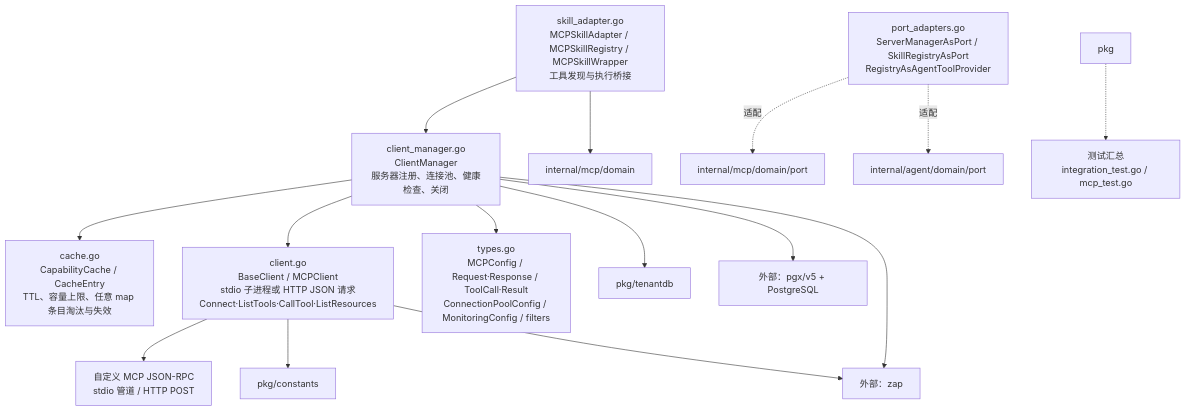
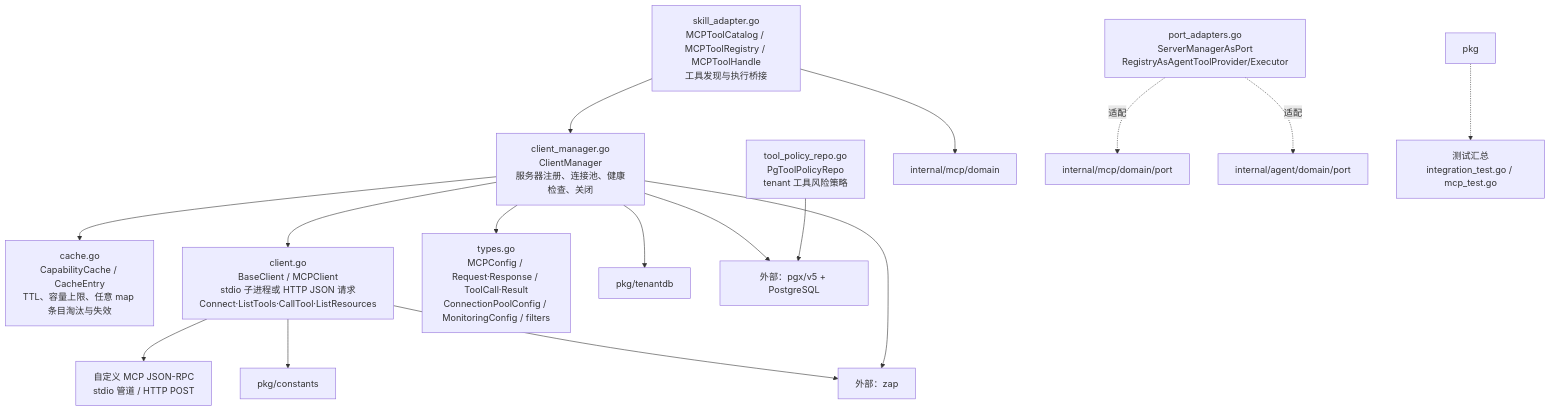
The diagram in docs/go-package-architecture/internal-mcp-infrastructure.md (ArchChuan/Stratum), drawn with Mermaid before and after one commit. The commit also changed other lines of this file and 26 other files, not shown here.

````diff
--- a/docs/go-package-architecture/internal-mcp-infrastructure.md
+++ b/docs/go-package-architecture/internal-mcp-infrastructure.md
@@ -7,32 +7,34 @@
 ```mermaid
 flowchart TB
   cache["cache.go<br/>CapabilityCache / CacheEntry<br/>TTL、容量上限、任意 map 条目淘汰与失效"]
   client["client.go<br/>BaseClient / MCPClient<br/>stdio 子进程或 HTTP JSON 请求<br/>Connect·ListTools·CallTool·ListResources"]
   manager["client_manager.go<br/>ClientManager<br/>服务器注册、连接池、健康检查、关闭"]
-  adapters["port_adapters.go<br/>ServerManagerAsPort / SkillRegistryAsPort<br/>RegistryAsAgentToolProvider"]
-  skill["skill_adapter.go<br/>MCPSkillAdapter / MCPSkillRegistry / MCPSkillWrapper<br/>工具发现与执行桥接"]
+  adapters["port_adapters.go<br/>ServerManagerAsPort<br/>RegistryAsAgentToolProvider/Executor"]
+  skill["skill_adapter.go<br/>MCPToolCatalog / MCPToolRegistry / MCPToolHandle<br/>工具发现与执行桥接"]
+  policy["tool_policy_repo.go<br/>PgToolPolicyRepo<br/>tenant 工具风险策略"]
   types["types.go<br/>MCPConfig / Request·Response / ToolCall·Result<br/>ConnectionPoolConfig / MonitoringConfig / filters"]
   domain["internal/mcp/domain"]
   ports["internal/mcp/domain/port"]
   agentport["internal/agent/domain/port"]
   constants["pkg/constants"]
   tenantdb["pkg/tenantdb"]
   protocol["自定义 MCP JSON-RPC<br/>stdio 管道 / HTTP POST"]
   pg["外部：pgx/v5 + PostgreSQL"]
   zap["外部：zap"]
   tests["测试汇总<br/>integration_test.go / mcp_test.go"]
   manager --> client
   manager --> cache
   manager --> types
   skill --> manager
   skill --> domain
   adapters -.适配.-> ports
   adapters -.适配.-> agentport
   manager --> tenantdb
   manager --> pg
+  policy --> pg
   client --> protocol
   client --> constants
   client --> zap
   manager --> zap
   pkg -.-> tests
 ```
````
